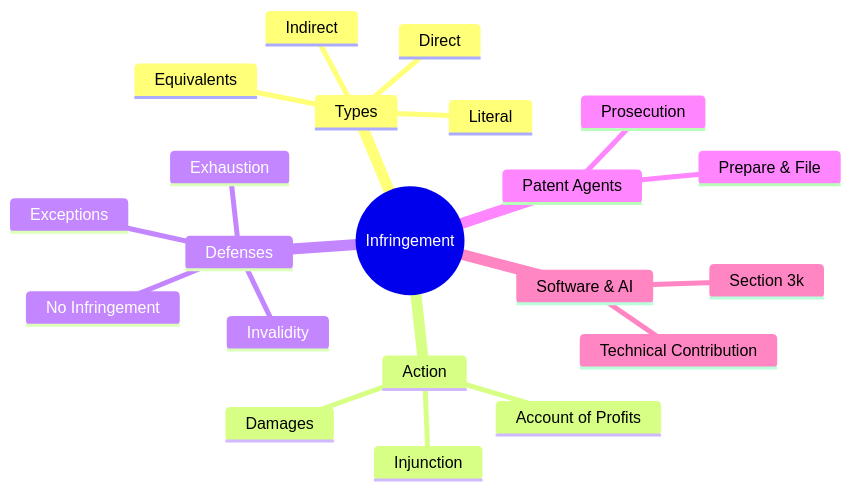
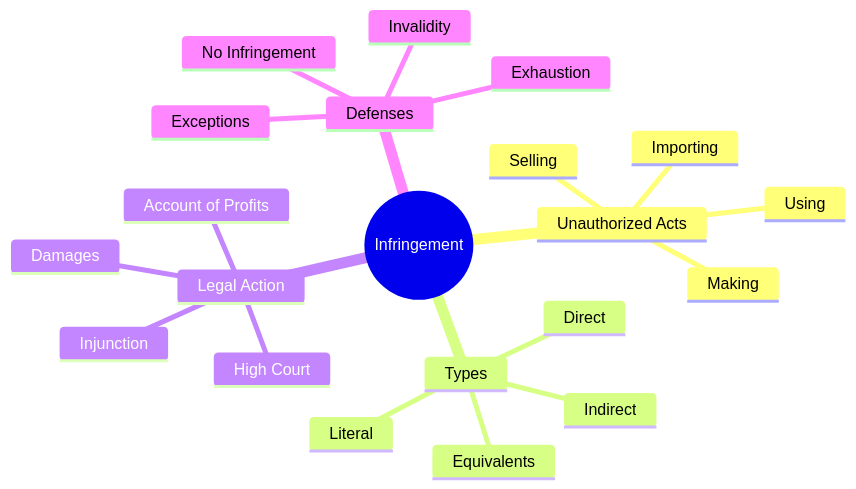
Before and after one commit to Aryns293/IPR: diagram 11 of 14 in 09_Patent_Infringement.md, drawn with Mermaid. The commit also changed other lines of this file, not shown here.

Commit message:
Fix syntax and expand mindmaps in 09_Patent_Infringement.md

````diff
--- a/09_Patent_Infringement.md
+++ b/09_Patent_Infringement.md
@@ -557,24 +557,24 @@
 ```mermaid
 mindmap
   root((Infringement))
+    Unauthorized Acts
+      Making
+      Using
+      Selling
+      Importing
     Types
       Direct
       Indirect
       Literal
       Equivalents
-    Action
+    Legal Action
+      High Court
       Injunction
       Damages
       Account of Profits
     Defenses
       Invalidity
       No Infringement
       Exceptions
       Exhaustion
-    Patent Agents
-      Prepare & File
-      Prosecution
-    Software & AI
-      Section 3k
-      Technical Contribution
 ```
````
